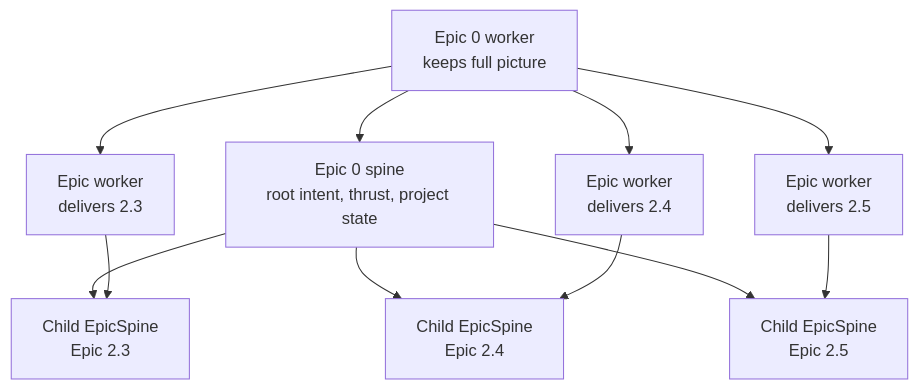
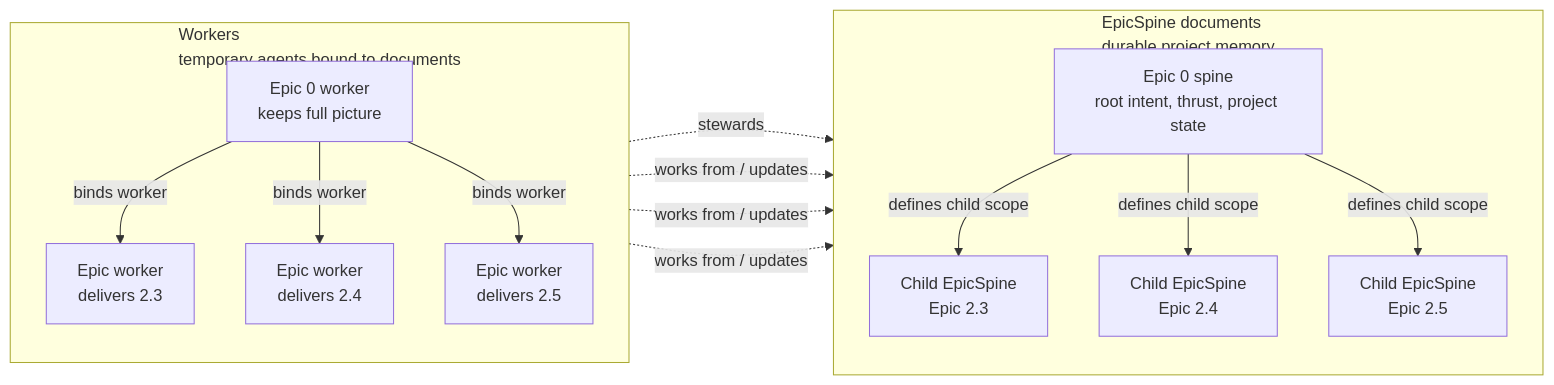
One commit to zenod-ai/zenod changed the first of 5 diagrams in docs/epicspine-public-repo/README.md. Above: the diagram before and after it, drawn with Mermaid. The commit also changed other lines of this file and 32 other files, not shown here.

First line of the commit message:
chore(spine): re-sync vendored epic-spine to canonical c8c89fc; add drift check

````diff
--- a/docs/epicspine-public-repo/README.md
+++ b/docs/epicspine-public-repo/README.md
@@ -42,22 +83,31 @@
 ```mermaid
-flowchart TD
-    E0["Epic 0 spine<br/>root intent, thrust, project state"]
-    EW0["Epic 0 worker<br/>keeps full picture"]
-    E23["Child EpicSpine<br/>Epic 2.3"]
-    E24["Child EpicSpine<br/>Epic 2.4"]
-    E25["Child EpicSpine<br/>Epic 2.5"]
-    W23["Epic worker<br/>delivers 2.3"]
-    W24["Epic worker<br/>delivers 2.4"]
-    W25["Epic worker<br/>delivers 2.5"]
+flowchart LR
+    subgraph Docs["EpicSpine documents<br/>durable project memory"]
+        direction TB
+        E0["Epic 0 spine<br/>root intent, thrust, project state"]
+        E23["Child EpicSpine<br/>Epic 2.3"]
+        E24["Child EpicSpine<br/>Epic 2.4"]
+        E25["Child EpicSpine<br/>Epic 2.5"]
 
-    EW0 --> E0
-    E0 --> E23
-    E0 --> E24
-    E0 --> E25
-    EW0 --> W23
-    EW0 --> W24
-    EW0 --> W25
-    W23 --> E23
-    W24 --> E24
-    W25 --> E25
+        E0 -->|defines child scope| E23
+        E0 -->|defines child scope| E24
+        E0 -->|defines child scope| E25
+    end
+
+    subgraph Workers["Workers<br/>temporary agents bound to documents"]
+        direction TB
+        EW0["Epic 0 worker<br/>keeps full picture"]
+        W23["Epic worker<br/>delivers 2.3"]
+        W24["Epic worker<br/>delivers 2.4"]
+        W25["Epic worker<br/>delivers 2.5"]
+
+        EW0 -->|binds worker| W23
+        EW0 -->|binds worker| W24
+        EW0 -->|binds worker| W25
+    end
+
+    EW0 -.->|stewards| E0
+    W23 -.->|works from / updates| E23
+    W24 -.->|works from / updates| E24
+    W25 -.->|works from / updates| E25
 ```
````
